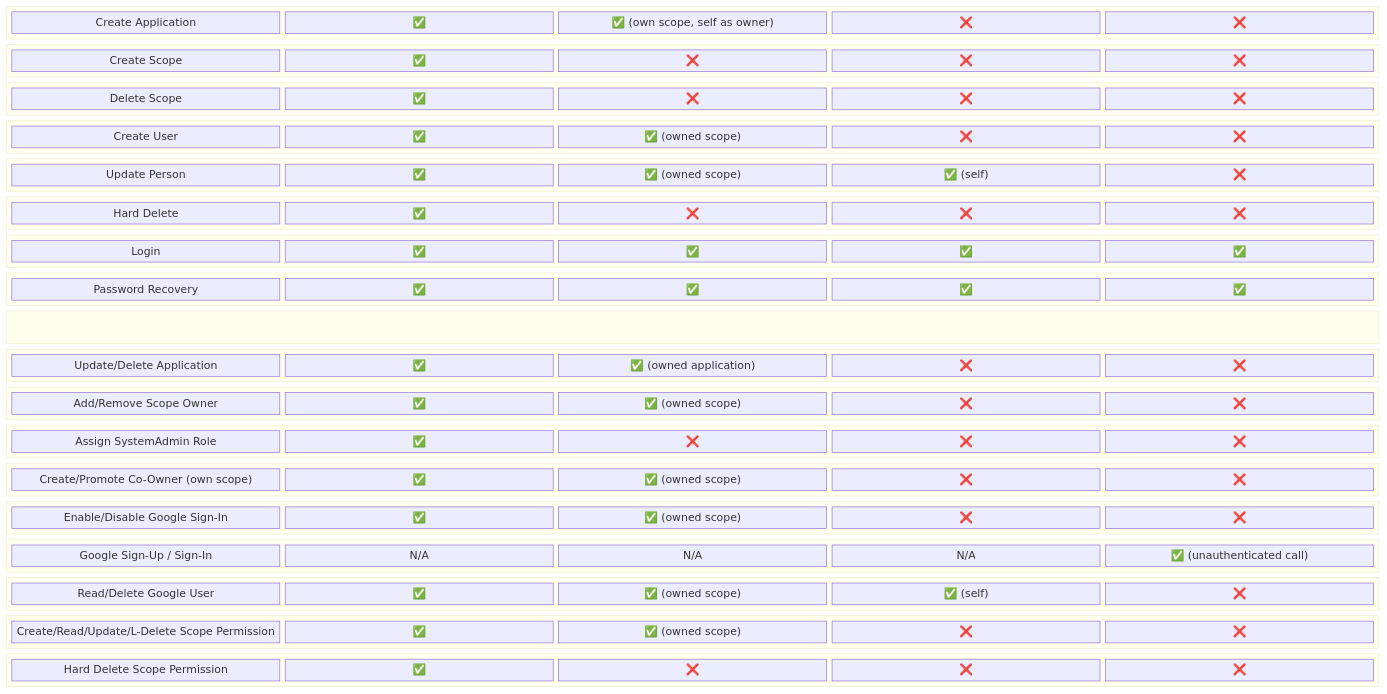
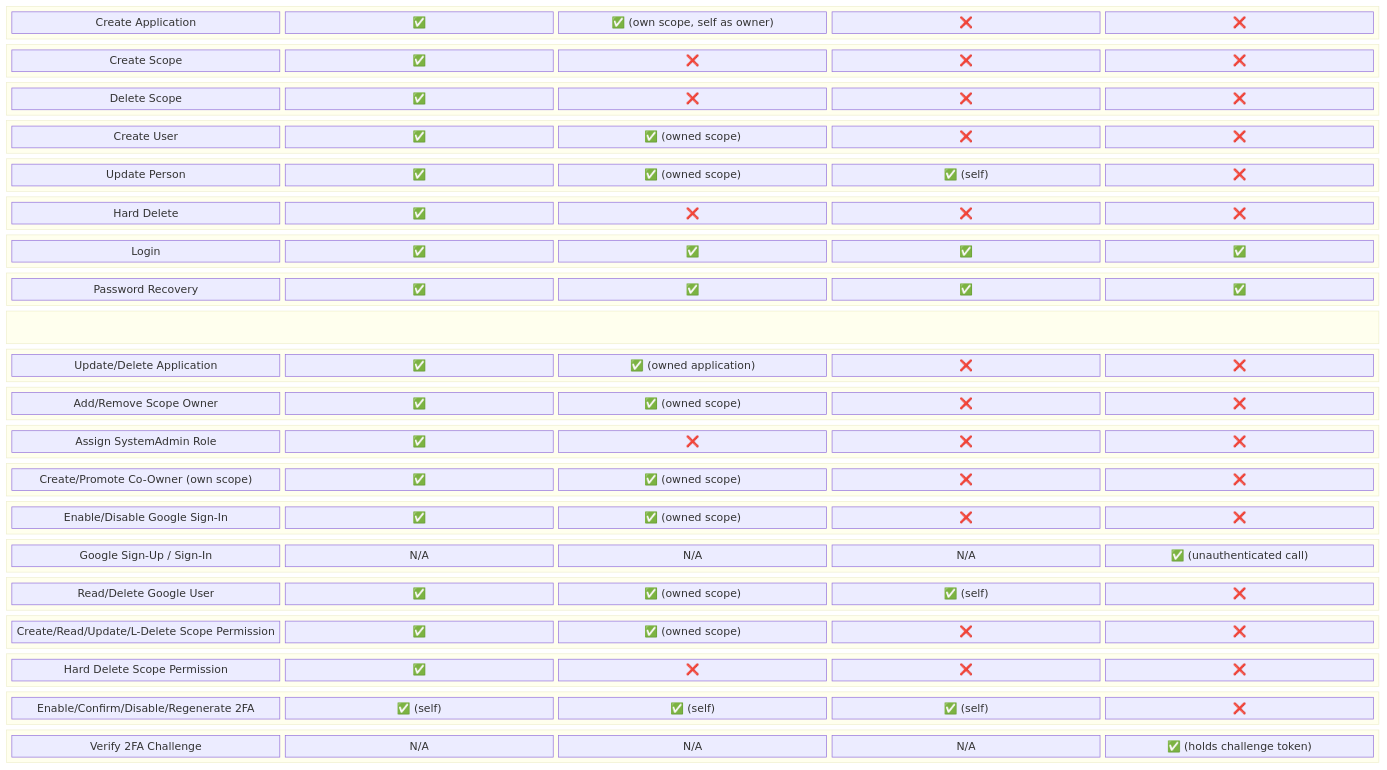
The third of 4 diagrams in docs/requirements/System Requirements Document.md (artur-rios/heimdall-api), drawn with Mermaid before and after one commit. The commit also changed other lines of this file and 2 other files, not shown here.

````diff
--- a/docs/requirements/System Requirements Document.md
+++ b/docs/requirements/System Requirements Document.md
@@ -540,58 +622,64 @@
 ```mermaid
 block-beta
     columns 5
     block:header:5
         H1["Action"] H2["SystemAdmin"] H3["ScopeAdmin"] H4["User"] H5["Anonymous"]
     end
     block:row1:5
         A1["Create Scope"] A2["✅"] A3["❌"] A4["❌"] A5["❌"]
     end
     block:row2:5
         B1["Delete Scope"] B2["✅"] B3["❌"] B4["❌"] B5["❌"]
     end
     block:row3:5
         C1["Create User"] C2["✅"] C3["✅ (owned scope)"] C4["❌"] C5["❌"]
     end
     block:row4:5
         D1["Update Person"] D2["✅"] D3["✅ (owned scope)"] D4["✅ (self)"] D5["❌"]
     end
     block:row5:5
         E1["Hard Delete"] E2["✅"] E3["❌"] E4["❌"] E5["❌"]
     end
     block:row6:5
         F1["Login"] F2["✅"] F3["✅"] F4["✅"] F5["✅"]
     end
     block:row7:5
         G1["Password Recovery"] G2["✅"] G3["✅"] G4["✅"] G5["✅"]
     end
     block:row8:5
         H1["Create Application"] H2["✅"] H3["✅ (own scope, self as owner)"] H4["❌"] H5["❌"]
     end
     block:row9:5
         I1["Update/Delete Application"] I2["✅"] I3["✅ (owned application)"] I4["❌"] I5["❌"]
     end
     block:row10:5
         J1["Add/Remove Scope Owner"] J2["✅"] J3["✅ (owned scope)"] J4["❌"] J5["❌"]
     end
     block:row11:5
         K1["Assign SystemAdmin Role"] K2["✅"] K3["❌"] K4["❌"] K5["❌"]
     end
     block:row12:5
         L1["Create/Promote Co-Owner (own scope)"] L2["✅"] L3["✅ (owned scope)"] L4["❌"] L5["❌"]
     end
     block:row13:5
         M1["Enable/Disable Google Sign-In"] M2["✅"] M3["✅ (owned scope)"] M4["❌"] M5["❌"]
     end
     block:row14:5
         N1["Google Sign-Up / Sign-In"] N2["N/A"] N3["N/A"] N4["N/A"] N5["✅ (unauthenticated call)"]
     end
     block:row15:5
         O1["Read/Delete Google User"] O2["✅"] O3["✅ (owned scope)"] O4["✅ (self)"] O5["❌"]
     end
     block:row16:5
         P1["Create/Read/Update/L-Delete Scope Permission"] P2["✅"] P3["✅ (owned scope)"] P4["❌"] P5["❌"]
     end
     block:row17:5
         Q1["Hard Delete Scope Permission"] Q2["✅"] Q3["❌"] Q4["❌"] Q5["❌"]
     end
+    block:row18:5
+        R1["Enable/Confirm/Disable/Regenerate 2FA"] R2["✅ (self)"] R3["✅ (self)"] R4["✅ (self)"] R5["❌"]
+    end
+    block:row19:5
+        S1["Verify 2FA Challenge"] S2["N/A"] S3["N/A"] S4["N/A"] S5["✅ (holds challenge token)"]
+    end
 ```
````
